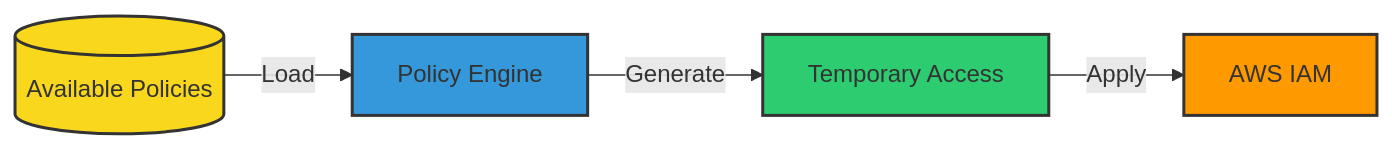
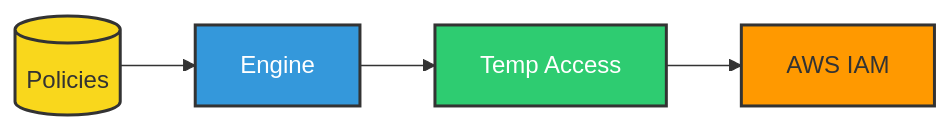
One commit to kubiyabot/terraform-modules changed the second of 5 diagrams in jit-permissions-guardians/terraform/README.md. Above: the diagram before and after it, drawn with Mermaid. The commit also changed other lines of this file, not shown here.

````diff
--- a/jit-permissions-guardians/terraform/README.md
+++ b/jit-permissions-guardians/terraform/README.md
@@ -48,21 +48,21 @@
 ```mermaid
 flowchart LR
-    Policies[(Available Policies)]
-    Engine[Policy Engine]
-    Temp[Temporary Access]
+    Policies[(Policies)]
+    Engine[Engine]
+    Temp[Temp Access]
     IAM[AWS IAM]
 
-    Policies -->|Load| Engine
-    Engine -->|Generate| Temp
-    Temp -->|Apply| IAM
+    Policies --> Engine
+    Engine --> Temp
+    Temp --> IAM
 
     classDef policies fill:#f9d71c,stroke:#333,stroke-width:2px
-    classDef engine fill:#3498db,stroke:#333,stroke-width:2px
-    classDef temp fill:#2ecc71,stroke:#333,stroke-width:2px
+    classDef engine fill:#3498db,stroke:#333,stroke-width:2px,color:white
+    classDef temp fill:#2ecc71,stroke:#333,stroke-width:2px,color:white
     classDef iam fill:#FF9900,stroke:#333,stroke-width:2px
 
     class Policies policies
     class Engine engine
     class Temp temp
     class IAM iam
 ```
````
